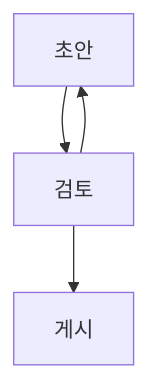
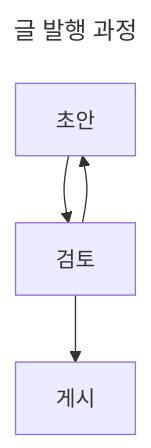
One commit to ymmt2005/cfgb-example changed the first of 4 diagrams in src/content/posts/2026/2026-09-20-markdown-showcase/ko.md. Above: the diagram before and after it, drawn with Mermaid. The commit also changed other lines of this file and 3 other files, not shown here.

````diff
--- a/src/content/posts/2026/2026-09-20-markdown-showcase/ko.md
+++ b/src/content/posts/2026/2026-09-20-markdown-showcase/ko.md
@@ -61,6 +63,9 @@
 ```mermaid
+---
+title: 글 발행 과정
+---
 flowchart TD
   Draft["초안"] --> Review["검토"]
   Review --> Publish["게시"]
   Review --> Draft
 ```
````
